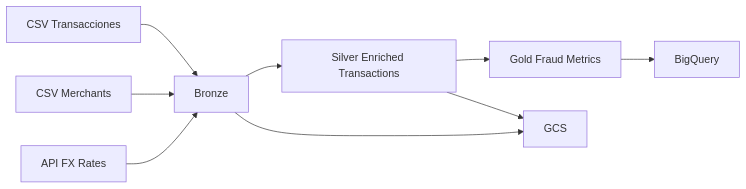
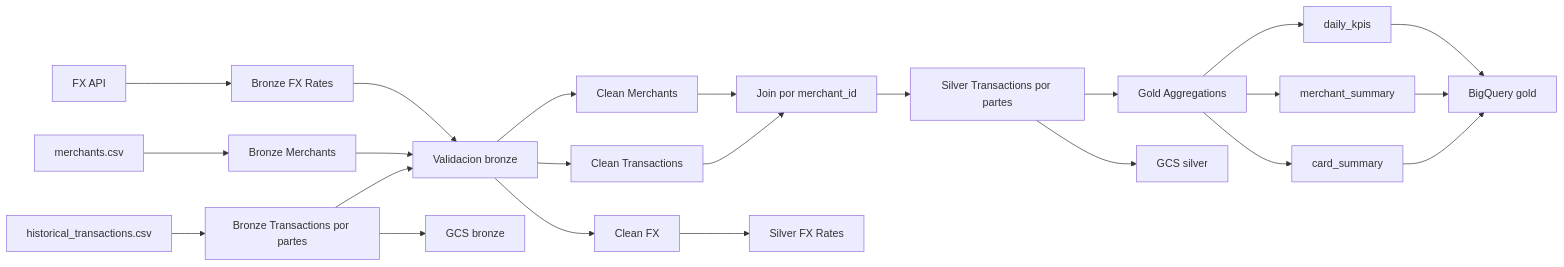
One commit to FabisssC/ProyectoCloudFabs changed the diagram in Proyecto/architecture/architecture.md. Above: the diagram before and after it, drawn with Mermaid. The commit also changed other lines of this file and 53 other files, not shown here.

````diff
--- a/Proyecto/architecture/architecture.md
+++ b/Proyecto/architecture/architecture.md
@@ -9,11 +25,25 @@
 ```mermaid
 flowchart LR
-    A[CSV Transacciones] --> B[Bronze]
-    C[CSV Merchants] --> B
-    D[API FX Rates] --> B
-    B --> E[Silver Enriched Transactions]
-    E --> F[Gold Fraud Metrics]
-    F --> G[BigQuery]
-    B --> H[GCS]
-    E --> H
+    A[historical_transactions.csv] --> B[Bronze Transactions por partes]
+    C[merchants.csv] --> D[Bronze Merchants]
+    E[FX API] --> F[Bronze FX Rates]
+    B --> G[Validacion bronze]
+    D --> G
+    F --> G
+    G --> H[Clean Transactions]
+    G --> I[Clean Merchants]
+    G --> J[Clean FX]
+    H --> K[Join por merchant_id]
+    I --> K
+    K --> L[Silver Transactions por partes]
+    J --> M[Silver FX Rates]
+    L --> N[Gold Aggregations]
+    N --> O[card_summary]
+    N --> P[merchant_summary]
+    N --> Q[daily_kpis]
+    O --> R[BigQuery gold]
+    P --> R
+    Q --> R
+    B --> S[GCS bronze]
+    L --> T[GCS silver]
 ```
````
